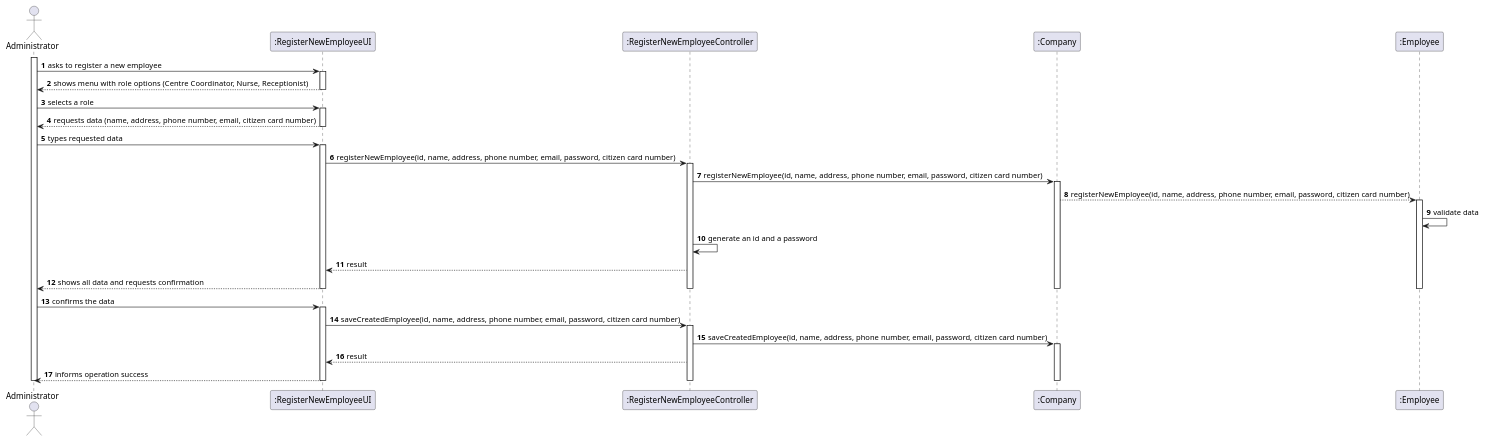
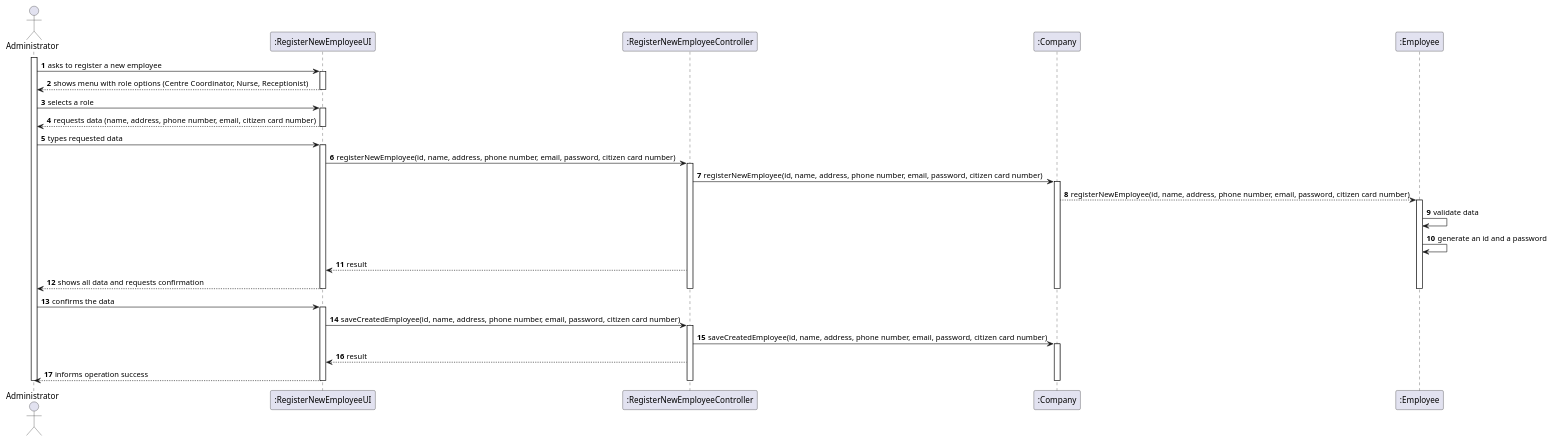
Before and after one commit to Pirussa/lei-22-s2-1da-g02: the diagram in docs/SprintB/US010/US010_SD.puml, drawn with PlantUML. The commit also changed 2 other files, not shown here.

Commit message:
US010 - Sequence Diagram last changes and Class Diaram finished, both in .svg format.

```diff
--- a/docs/SprintB/US010/US010_SD.puml
+++ b/docs/SprintB/US010/US010_SD.puml
@@ -1,62 +1,62 @@
 @startuml
 autonumber
 
 actor "Administrator" as A
 
 participant ":RegisterNewEmployeeUI" as UI
 participant ":RegisterNewEmployeeController" as CTRL
 participant ":Company" as C
 participant ":Employee" as E
 
 activate A
 A -> UI : asks to register a new employee
 activate UI
 UI --> A : shows menu with role options (Centre Coordinator, Nurse, Receptionist)
 deactivate UI
 
 A -> UI : selects a role
 activate UI
 UI --> A : requests data (name, address, phone number, email, citizen card number)
 deactivate UI
 
 A -> UI : types requested data
 activate UI
 
 UI -> CTRL : registerNewEmployee(id, name, address, phone number, email, password, citizen card number)
 activate CTRL
 
 CTRL -> C : registerNewEmployee(id, name, address, phone number, email, password, citizen card number)
 activate C
 C --> E : registerNewEmployee(id, name, address, phone number, email, password, citizen card number)
 activate E
 E -> E :  validate data
 
-CTRL -> CTRL : generate an id and a password
+E -> E : generate an id and a password
 
 CTRL --> UI : result
 
 UI --> A: shows all data and requests confirmation
 
 deactivate E
 deactivate C
 deactivate CTRL
 deactivate UI
 
 
 A -> UI : confirms the data
 activate UI
 UI -> CTRL : saveCreatedEmployee(id, name, address, phone number, email, password, citizen card number)
 activate CTRL
 CTRL -> C : saveCreatedEmployee(id, name, address, phone number, email, password, citizen card number)
 activate C
 
 CTRL --> UI: result
 
 UI --> A : informs operation success
 
 deactivate C
 deactivate CTRL
 deactivate UI
 deactivate A
 
 @enduml
```
